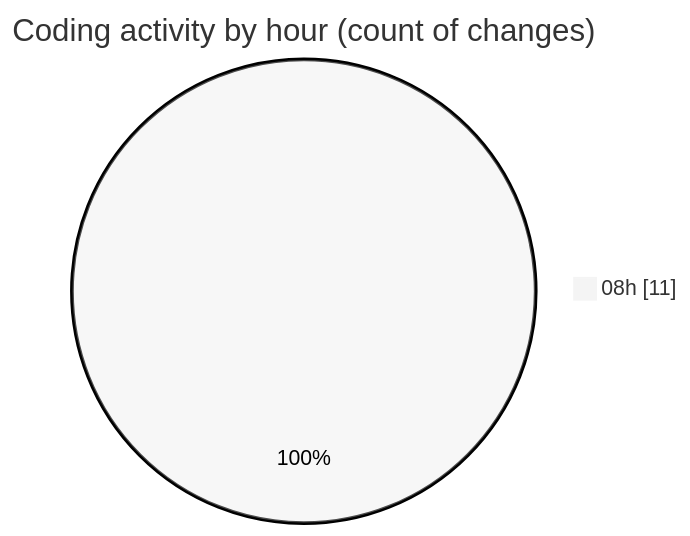
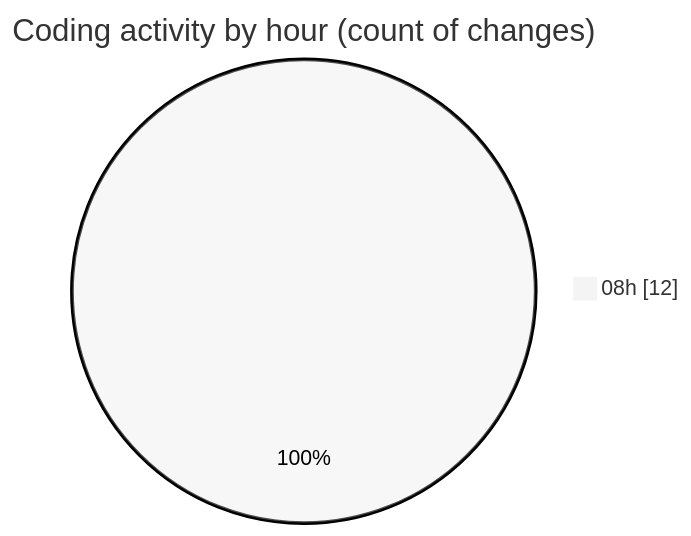
Before and after one commit to robertbonfada/code-tracking: the second of 2 diagrams in 2025-03-10/audiobooks-web/README.md, drawn with Mermaid (neutral theme). The commit also changed other lines of this file and 1 other file, not shown here.

````diff
--- a/2025-03-10/audiobooks-web/README.md
+++ b/2025-03-10/audiobooks-web/README.md
@@ -34,5 +34,5 @@
 ```mermaid
 pie showData
 title Coding activity by hour (count of changes)
-"08h" : 11
+"08h" : 12
 ```
````
